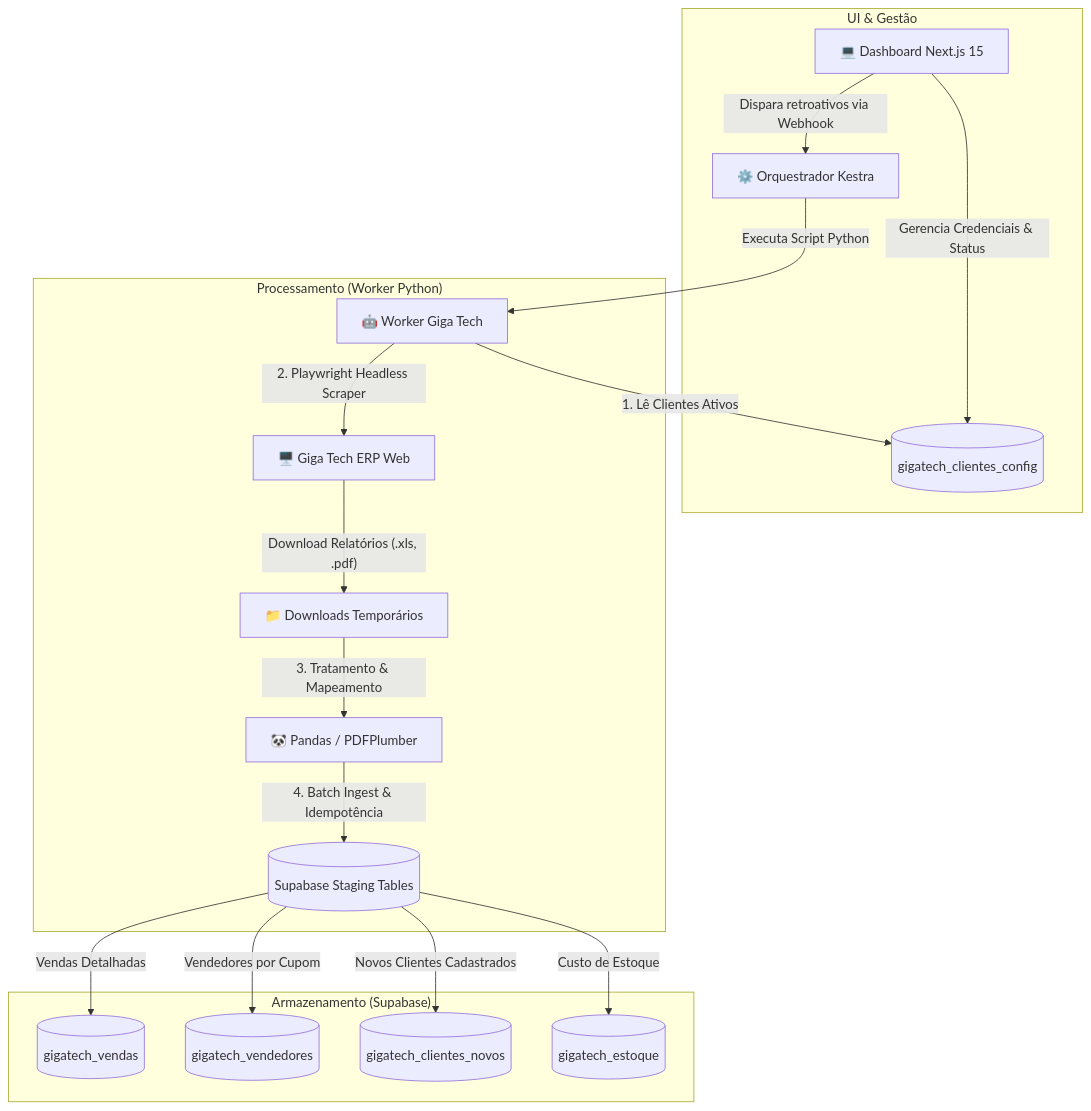
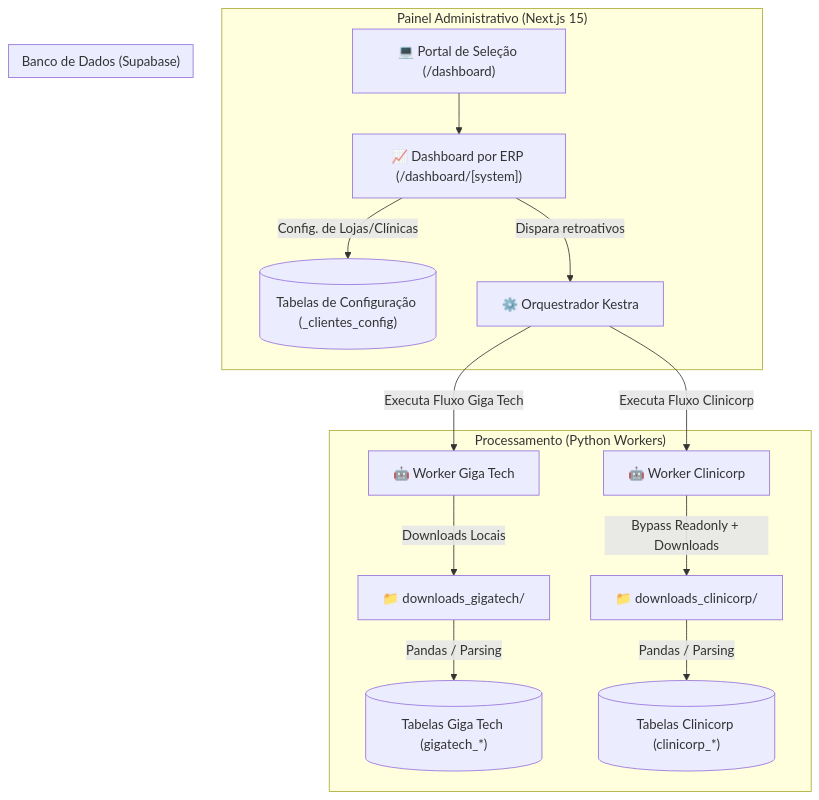
One commit to scorecontabilidade7-ctrl/score-integracoes-gigatech changed the diagram in README.md. Above: the diagram before and after it, drawn with Mermaid. The commit also changed other lines of this file, not shown here.

````diff
--- a/README.md
+++ b/README.md
@@ -11,23 +13,24 @@
 ```mermaid
 graph TD
-    subgraph UI ["UI & Gestão"]
-        Web["💻 Dashboard Next.js 15"] -- "Gerencia Credenciais & Status" --> DB_Config[("gigatech_clientes_config")]
-        Web -- "Dispara retroativos via Webhook" --> Kestra["⚙️ Orquestrador Kestra"]
+    subgraph UI ["Painel Administrativo (Next.js 15)"]
+        Portal["💻 Portal de Seleção (/dashboard)"] --> SystemDash["📈 Dashboard por ERP (/dashboard/[system])"]
+        SystemDash -- "Config. de Lojas/Clínicas" --> ConfigTable[("Tabelas de Configuração (_clientes_config)")]
+        SystemDash -- "Dispara retroativos" --> Kestra["⚙️ Orquestrador Kestra"]
+      end
+
+    subgraph Proc ["Processamento (Python Workers)"]
+        Kestra -- "Executa Fluxo Giga Tech" --> WorkerGiga["🤖 Worker Giga Tech"]
+        Kestra -- "Executa Fluxo Clinicorp" --> WorkerClini["🤖 Worker Clinicorp"]
+        
+        WorkerGiga -- "Downloads Locais" --> TempGiga["📁 downloads_gigatech/"]
+        WorkerClini -- "Bypass Readonly + Downloads" --> TempClini["📁 downloads_clinicorp/"]
+        
+        TempGiga -- "Pandas / Parsing" --> DB_StagingGiga[("Tabelas Giga Tech (gigatech_*)")]
+        TempClini -- "Pandas / Parsing" --> DB_StagingClini[("Tabelas Clinicorp (clinicorp_*)")]
     end
 
-    subgraph Proc ["Processamento (Worker Python)"]
-        Kestra -- "Executa Script Python" --> Worker["🤖 Worker Giga Tech"]
-        Worker -- "1. Lê Clientes Ativos" --> DB_Config
-        Worker -- "2. Playwright Headless Scraper" --> ERP["🖥️ Giga Tech ERP Web"]
-        ERP -- "Download Relatórios (.xls, .pdf)" --> TempFiles["📁 Downloads Temporários"]
-        TempFiles -- "3. Tratamento & Mapeamento" --> Pandas["🐼 Pandas / PDFPlumber"]
-        Pandas -- "4. Batch Ingest & Idempotência" --> DB_Staging[("Supabase Staging Tables")]
-    end
-
-    subgraph Store ["Armazenamento (Supabase)"]
-        DB_Staging -- "Vendas Detalhadas" --> Vendas[("gigatech_vendas")]
-        DB_Staging -- "Vendedores por Cupom" --> Vendedores[("gigatech_vendedores")]
-        DB_Staging -- "Novos Clientes Cadastrados" --> Clientes[("gigatech_clientes_novos")]
-        DB_Staging -- "Custo de Estoque" --> Estoque[("gigatech_estoque")]
+    subgraph Store ["Banco de Dados (Supabase)"]
+        DB_StagingGiga
+        DB_StagingClini
     end
 ```
````
